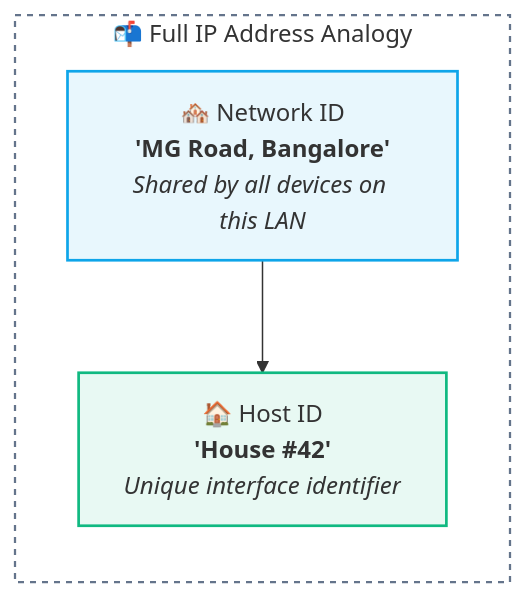
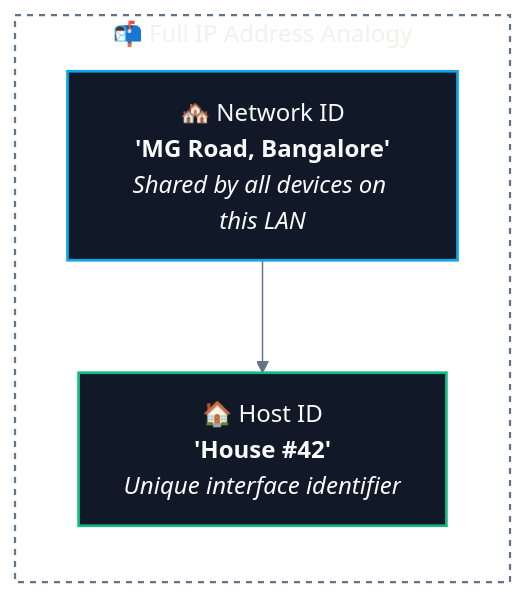
The first of 2 diagrams in CS/Computer Networking/03. IP Addressing & Subnetting/02. Network ID and Host ID.md (abhinavbharti2345/CS_Notes), drawn with Mermaid before and after one commit. The commit also changed other lines of this file and 195 other files, not shown here.

````diff
--- a/CS/Computer Networking/03. IP Addressing & Subnetting/02. Network ID and Host ID.md
+++ b/CS/Computer Networking/03. IP Addressing & Subnetting/02. Network ID and Host ID.md
@@ -27,16 +27,17 @@
 ```mermaid
+%%{init: {'theme': 'base', 'themeVariables': { 'darkMode': true, 'background': '#0B0F14', 'mainBkg': '#111827', 'primaryColor': '#111827', 'primaryTextColor': '#F8FAFC', 'primaryBorderColor': '#38BDF8', 'lineColor': '#64748B', 'secondaryColor': '#0B0F14', 'tertiaryColor': '#0B0F14', 'clusterBkg': '#0B0F14', 'clusterBorder': '#38BDF8' }}}%%
 flowchart TD
     subgraph FullAddress ["📬 Full IP Address Analogy"]
         direction TD
         Net["🏘️ Network ID<br/><b>'MG Road, Bangalore'</b><br/><i>Shared by all devices on this LAN</i>"]
         Host["🏠 Host ID<br/><b>'House #42'</b><br/><i>Unique interface identifier</i>"]
         Net --> Host
     end
 
     style FullAddress fill:none,stroke:#64748b,stroke-width:1.5px,stroke-dasharray:4 4
 
-    classDef net fill:#0ea5e918,stroke:#0ea5e9,stroke-width:1.8px;
-    classDef host fill:#10b98118,stroke:#10b981,stroke-width:1.8px;
+    classDef net fill:#111827,stroke:#0ea5e9,stroke-width:1.8px,color:#F8FAFC;
+    classDef host fill:#111827,stroke:#10b981,stroke-width:1.8px,color:#F8FAFC;
     class Net net;
     class Host host;
 ```
````
